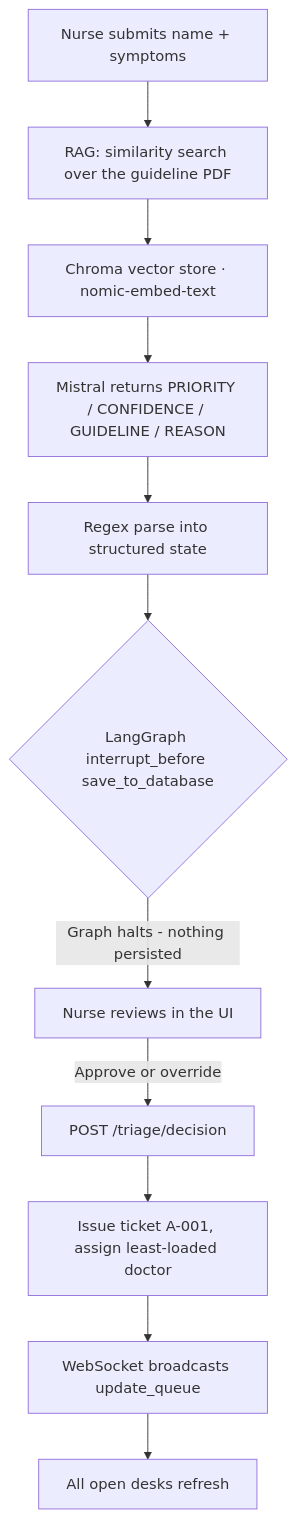
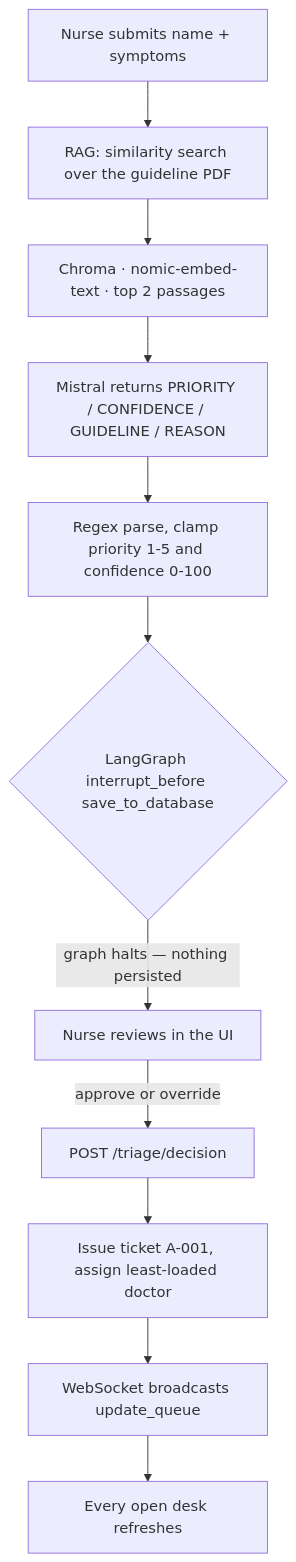
Before and after one commit to esosaphilip/DringlichAI: the second of 2 diagrams in README.md, drawn with Mermaid. The commit also changed other lines of this file, not shown here.

````diff
--- a/README.md
+++ b/README.md
@@ -81,13 +127,13 @@
 ```mermaid
 flowchart TD
     A[Nurse submits name + symptoms] --> B[RAG: similarity search over the guideline PDF]
-    B --> C[Chroma vector store · nomic-embed-text]
+    B --> C[Chroma · nomic-embed-text · top 2 passages]
     C --> D[Mistral returns PRIORITY / CONFIDENCE / GUIDELINE / REASON]
-    D --> E[Regex parse into structured state]
+    D --> E[Regex parse, clamp priority 1-5 and confidence 0-100]
     E --> F{LangGraph interrupt_before save_to_database}
-    F -->|Graph halts - nothing persisted| G[Nurse reviews in the UI]
-    G -->|Approve or override| H[POST /triage/decision]
+    F -->|graph halts — nothing persisted| G[Nurse reviews in the UI]
+    G -->|approve or override| H[POST /triage/decision]
     H --> I[Issue ticket A-001, assign least-loaded doctor]
     I --> J[WebSocket broadcasts update_queue]
-    J --> K[All open desks refresh]
+    J --> K[Every open desk refreshes]
 ```
````
